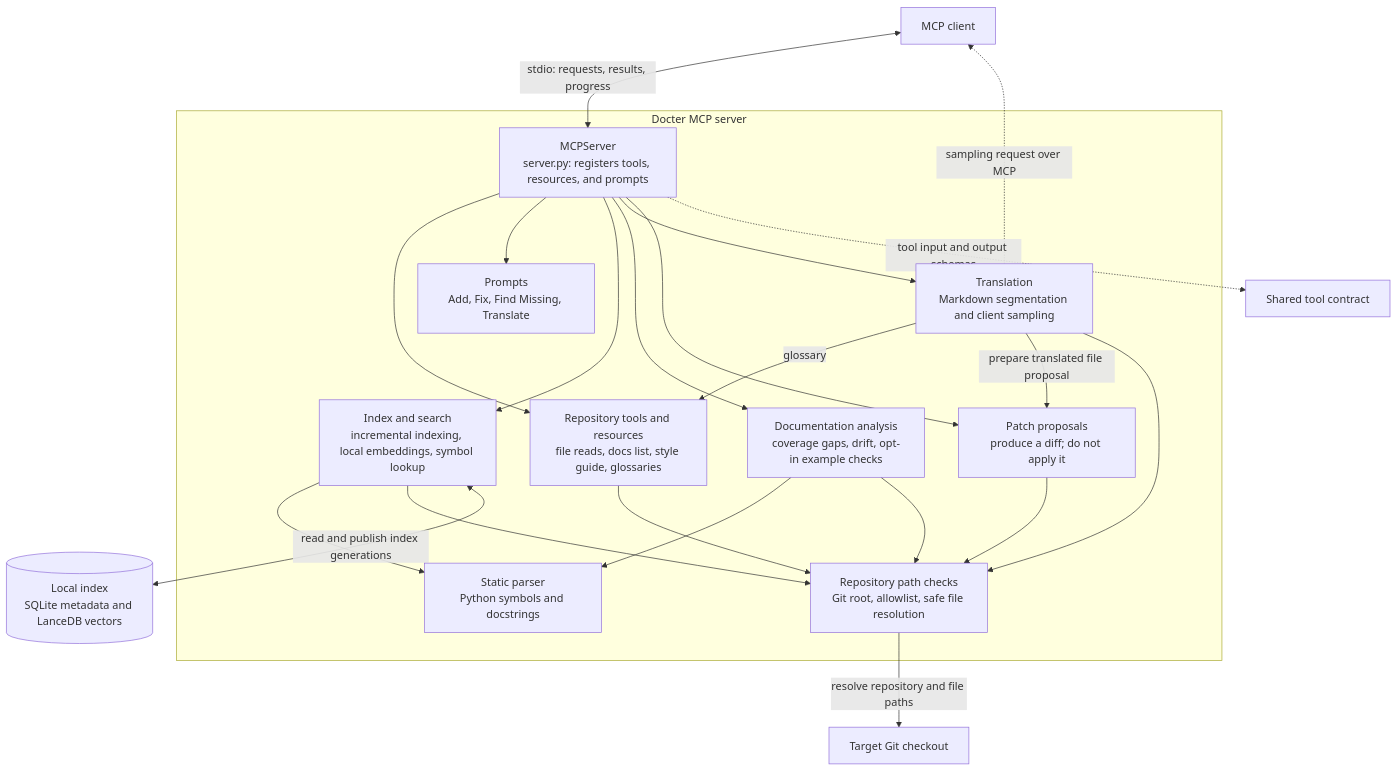
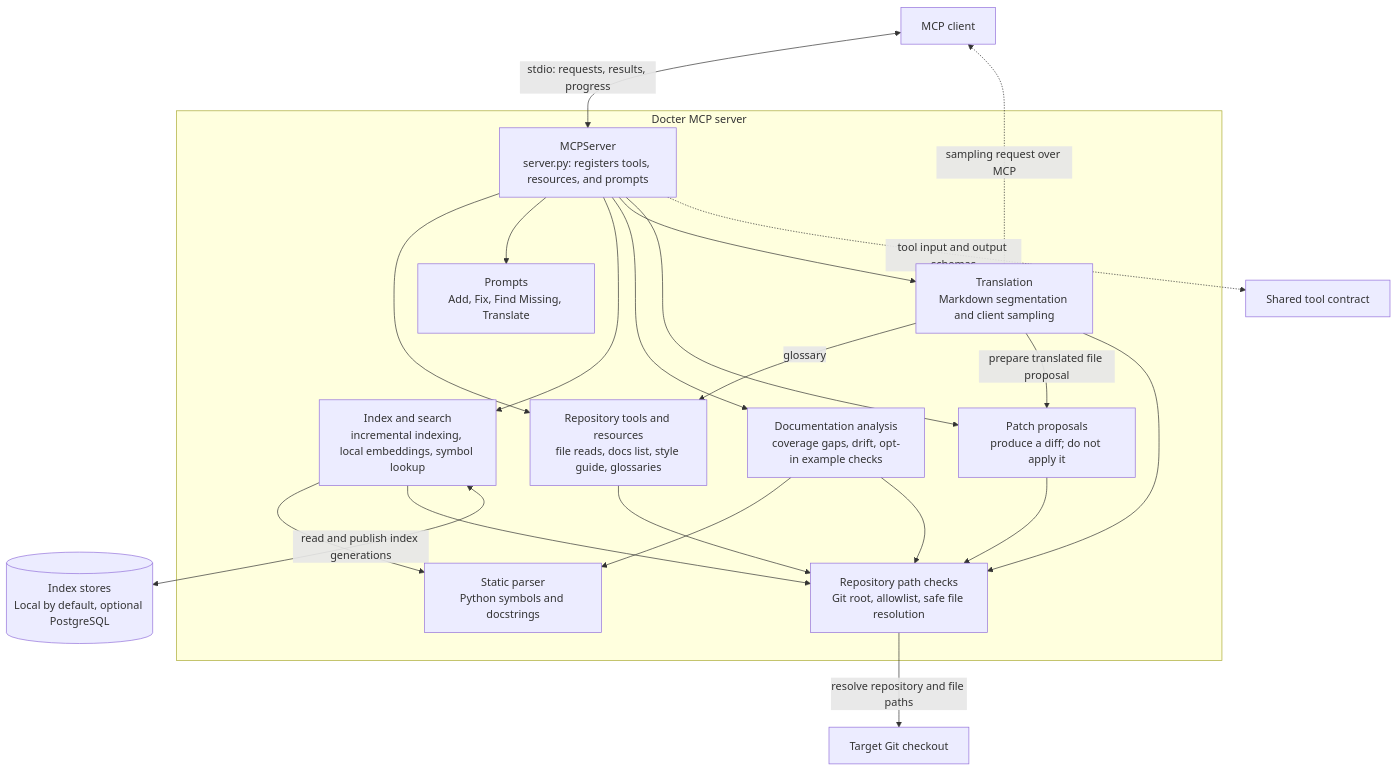
The diagram in mcp_server/README.md (yunusovbekir/docter-llm), drawn with Mermaid before and after one commit. The commit also changed other lines of this file and 10 other files, not shown here.

Commit message:
Add optional PostgreSQL-backed vector search to MCP

````diff
--- a/mcp_server/README.md
+++ b/mcp_server/README.md
@@ -11,41 +11,41 @@
 ```mermaid
 flowchart TB
     Client["MCP client"]
     Contract["Shared tool contract"]
     Repo["Target Git checkout"]
-    Store[("Local index<br/>SQLite metadata and LanceDB vectors")]
+    Store[("Index stores<br/>Local by default, optional PostgreSQL")]
 
     subgraph Server["Docter MCP server"]
         Entry["MCPServer<br/>server.py: registers tools, resources, and prompts"]
         Read["Repository tools and resources<br/>file reads, docs list, style guide, glossaries"]
         Prompts["Prompts<br/>Add, Fix, Find Missing, Translate"]
         Index["Index and search<br/>incremental indexing, local embeddings, symbol lookup"]
         Analysis["Documentation analysis<br/>coverage gaps, drift, opt-in example checks"]
         Parse["Static parser<br/>Python symbols and docstrings"]
         Translate["Translation<br/>Markdown segmentation and client sampling"]
         Patches["Patch proposals<br/>produce a diff; do not apply it"]
         Paths["Repository path checks<br/>Git root, allowlist, safe file resolution"]
 
         Entry --> Read
         Entry --> Prompts
         Entry --> Index
         Entry --> Analysis
         Entry --> Translate
         Entry --> Patches
         Index --> Parse
         Analysis --> Parse
         Translate -->|glossary| Read
         Translate -->|prepare translated file proposal| Patches
         Read --> Paths
         Index --> Paths
         Analysis --> Paths
         Translate --> Paths
         Patches --> Paths
     end
 
     Client <-->|stdio: requests, results, progress| Entry
     Entry -.->|tool input and output schemas| Contract
     Translate -.->|sampling request over MCP| Client
     Paths -->|resolve repository and file paths| Repo
     Index <-->|read and publish index generations| Store
 ```
````
